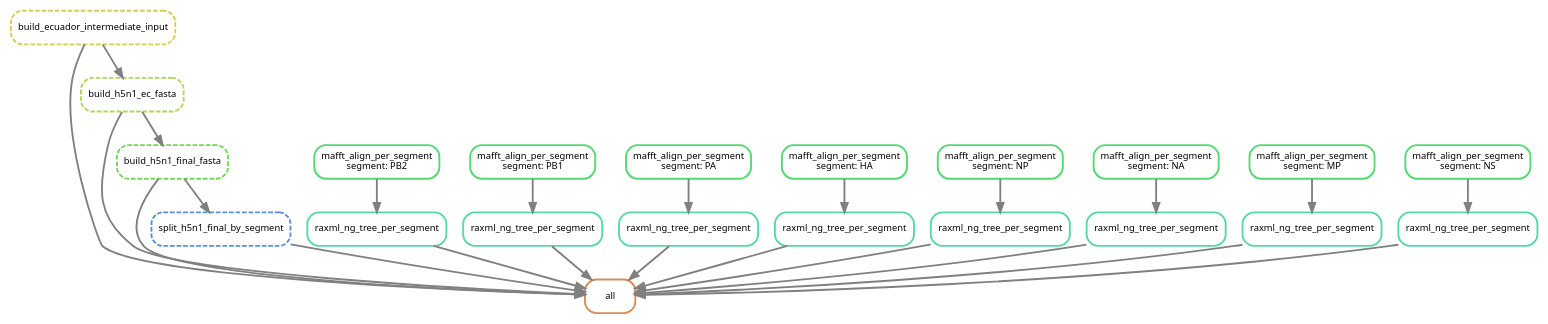
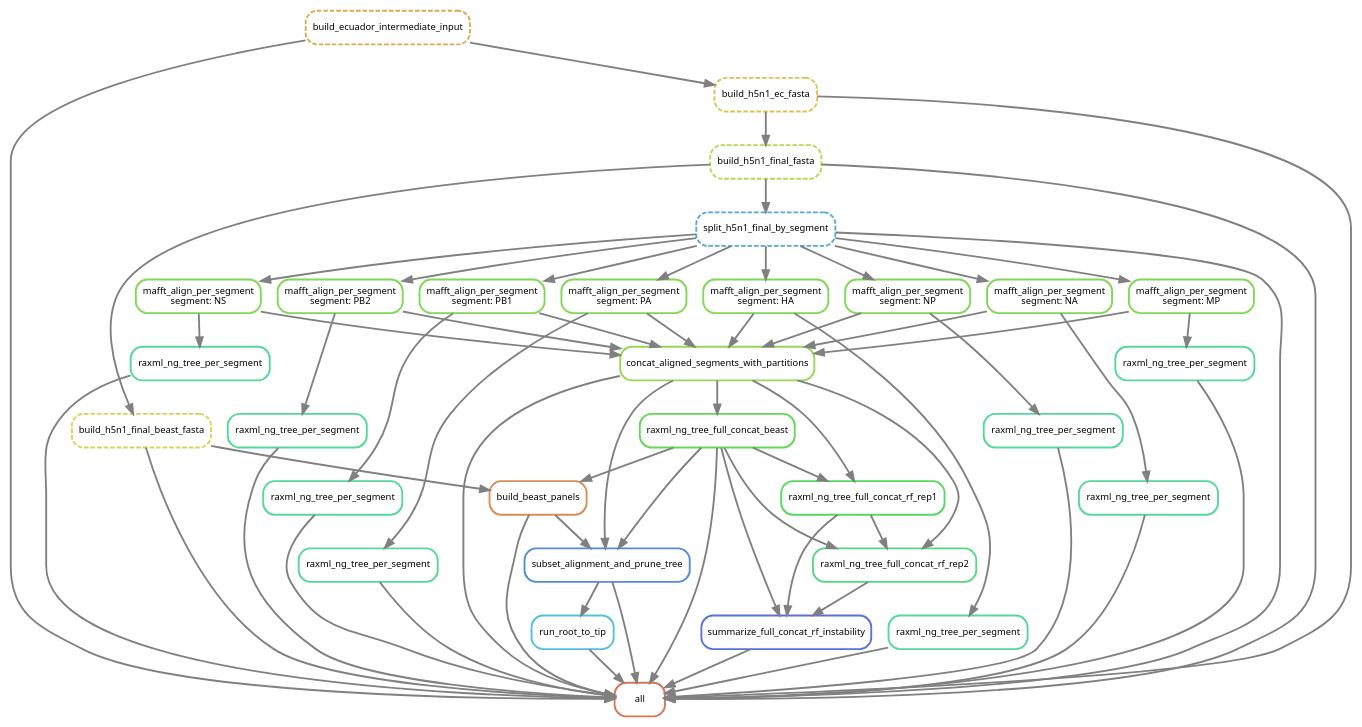
The diagram in analysis/pipeline_dag.dot (Sebysemily/Flu), drawn with Graphviz before and after one commit. The commit also changed 10 other files, not shown here.

```diff
--- a/analysis/pipeline_dag.dot
+++ b/analysis/pipeline_dag.dot
@@ -1,49 +1,97 @@
 digraph snakemake_dag {
     graph[bgcolor=white, margin=0];
     node[shape=box, style=rounded, fontname=sans,                 fontsize=10, penwidth=2];
     edge[penwidth=2, color=grey];
-	0[label = "all", color = "0.07 0.6 0.85", style="rounded"];
-	1[label = "build_ecuador_intermediate_input", color = "0.15 0.6 0.85", style="rounded,dashed"];
-	2[label = "build_h5n1_ec_fasta", color = "0.22 0.6 0.85", style="rounded,dashed"];
-	3[label = "build_h5n1_final_fasta", color = "0.30 0.6 0.85", style="rounded,dashed"];
-	4[label = "split_h5n1_final_by_segment", color = "0.59 0.6 0.85", style="rounded,dashed"];
-	5[label = "raxml_ng_tree_per_segment", color = "0.44 0.6 0.85", style="rounded"];
-	6[label = "mafft_align_per_segment\nsegment: PB2", color = "0.37 0.6 0.85", style="rounded"];
-	7[label = "raxml_ng_tree_per_segment", color = "0.44 0.6 0.85", style="rounded"];
-	8[label = "mafft_align_per_segment\nsegment: PB1", color = "0.37 0.6 0.85", style="rounded"];
-	9[label = "raxml_ng_tree_per_segment", color = "0.44 0.6 0.85", style="rounded"];
-	10[label = "mafft_align_per_segment\nsegment: PA", color = "0.37 0.6 0.85", style="rounded"];
-	11[label = "raxml_ng_tree_per_segment", color = "0.44 0.6 0.85", style="rounded"];
-	12[label = "mafft_align_per_segment\nsegment: HA", color = "0.37 0.6 0.85", style="rounded"];
-	13[label = "raxml_ng_tree_per_segment", color = "0.44 0.6 0.85", style="rounded"];
-	14[label = "mafft_align_per_segment\nsegment: NP", color = "0.37 0.6 0.85", style="rounded"];
-	15[label = "raxml_ng_tree_per_segment", color = "0.44 0.6 0.85", style="rounded"];
-	16[label = "mafft_align_per_segment\nsegment: NA", color = "0.37 0.6 0.85", style="rounded"];
-	17[label = "raxml_ng_tree_per_segment", color = "0.44 0.6 0.85", style="rounded"];
-	18[label = "mafft_align_per_segment\nsegment: MP", color = "0.37 0.6 0.85", style="rounded"];
-	19[label = "raxml_ng_tree_per_segment", color = "0.44 0.6 0.85", style="rounded"];
-	20[label = "mafft_align_per_segment\nsegment: NS", color = "0.37 0.6 0.85", style="rounded"];
+	0[label = "all", color = "0.04 0.6 0.85", style="rounded"];
+	1[label = "build_ecuador_intermediate_input", color = "0.11 0.6 0.85", style="rounded,dashed"];
+	2[label = "build_h5n1_ec_fasta", color = "0.14 0.6 0.85", style="rounded,dashed"];
+	3[label = "build_h5n1_final_fasta", color = "0.21 0.6 0.85", style="rounded,dashed"];
+	4[label = "build_h5n1_final_beast_fasta", color = "0.18 0.6 0.85", style="rounded,dashed"];
+	5[label = "concat_aligned_segments_with_partitions", color = "0.25 0.6 0.85", style="rounded"];
+	6[label = "mafft_align_per_segment\nsegment: PB2", color = "0.28 0.6 0.85", style="rounded"];
+	7[label = "split_h5n1_final_by_segment", color = "0.56 0.6 0.85", style="rounded,dashed"];
+	8[label = "mafft_align_per_segment\nsegment: PB1", color = "0.28 0.6 0.85", style="rounded"];
+	9[label = "mafft_align_per_segment\nsegment: PA", color = "0.28 0.6 0.85", style="rounded"];
+	10[label = "mafft_align_per_segment\nsegment: HA", color = "0.28 0.6 0.85", style="rounded"];
+	11[label = "mafft_align_per_segment\nsegment: NP", color = "0.28 0.6 0.85", style="rounded"];
+	12[label = "mafft_align_per_segment\nsegment: NA", color = "0.28 0.6 0.85", style="rounded"];
+	13[label = "mafft_align_per_segment\nsegment: MP", color = "0.28 0.6 0.85", style="rounded"];
+	14[label = "mafft_align_per_segment\nsegment: NS", color = "0.28 0.6 0.85", style="rounded"];
+	15[label = "raxml_ng_tree_full_concat_beast", color = "0.32 0.6 0.85", style="rounded"];
+	16[label = "summarize_full_concat_rf_instability", color = "0.63 0.6 0.85", style="rounded"];
+	17[label = "raxml_ng_tree_full_concat_rf_rep1", color = "0.35 0.6 0.85", style="rounded"];
+	18[label = "raxml_ng_tree_full_concat_rf_rep2", color = "0.39 0.6 0.85", style="rounded"];
+	19[label = "build_beast_panels", color = "0.07 0.6 0.85", style="rounded"];
+	20[label = "subset_alignment_and_prune_tree", color = "0.60 0.6 0.85", style="rounded"];
+	21[label = "run_root_to_tip", color = "0.53 0.6 0.85", style="rounded"];
+	22[label = "raxml_ng_tree_per_segment", color = "0.42 0.6 0.85", style="rounded"];
+	23[label = "raxml_ng_tree_per_segment", color = "0.42 0.6 0.85", style="rounded"];
+	24[label = "raxml_ng_tree_per_segment", color = "0.42 0.6 0.85", style="rounded"];
+	25[label = "raxml_ng_tree_per_segment", color = "0.42 0.6 0.85", style="rounded"];
+	26[label = "raxml_ng_tree_per_segment", color = "0.42 0.6 0.85", style="rounded"];
+	27[label = "raxml_ng_tree_per_segment", color = "0.42 0.6 0.85", style="rounded"];
+	28[label = "raxml_ng_tree_per_segment", color = "0.42 0.6 0.85", style="rounded"];
+	29[label = "raxml_ng_tree_per_segment", color = "0.42 0.6 0.85", style="rounded"];
 	1 -> 0
 	2 -> 0
 	3 -> 0
 	4 -> 0
 	5 -> 0
 	7 -> 0
-	9 -> 0
-	11 -> 0
-	13 -> 0
 	15 -> 0
-	17 -> 0
+	16 -> 0
 	19 -> 0
+	20 -> 0
+	21 -> 0
+	22 -> 0
+	23 -> 0
+	24 -> 0
+	25 -> 0
+	26 -> 0
+	27 -> 0
+	28 -> 0
+	29 -> 0
 	1 -> 2
 	2 -> 3
 	3 -> 4
 	6 -> 5
-	8 -> 7
-	10 -> 9
-	12 -> 11
-	14 -> 13
-	16 -> 15
-	18 -> 17
-	20 -> 19
+	8 -> 5
+	9 -> 5
+	10 -> 5
+	11 -> 5
+	12 -> 5
+	13 -> 5
+	14 -> 5
+	7 -> 6
+	3 -> 7
+	7 -> 8
+	7 -> 9
+	7 -> 10
+	7 -> 11
+	7 -> 12
+	7 -> 13
+	7 -> 14
+	5 -> 15
+	15 -> 16
+	17 -> 16
+	18 -> 16
+	5 -> 17
+	15 -> 17
+	5 -> 18
+	15 -> 18
+	17 -> 18
+	15 -> 19
+	4 -> 19
+	5 -> 20
+	15 -> 20
+	19 -> 20
+	20 -> 21
+	6 -> 22
+	8 -> 23
+	9 -> 24
+	10 -> 25
+	11 -> 26
+	12 -> 27
+	13 -> 28
+	14 -> 29
 }            
```
